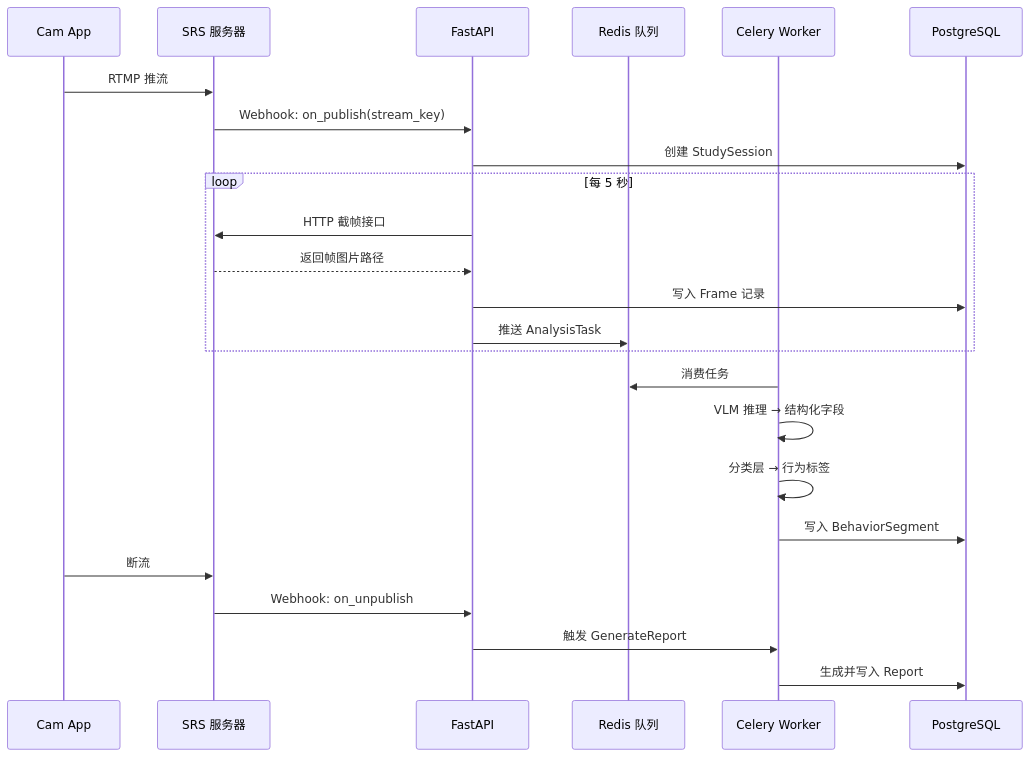
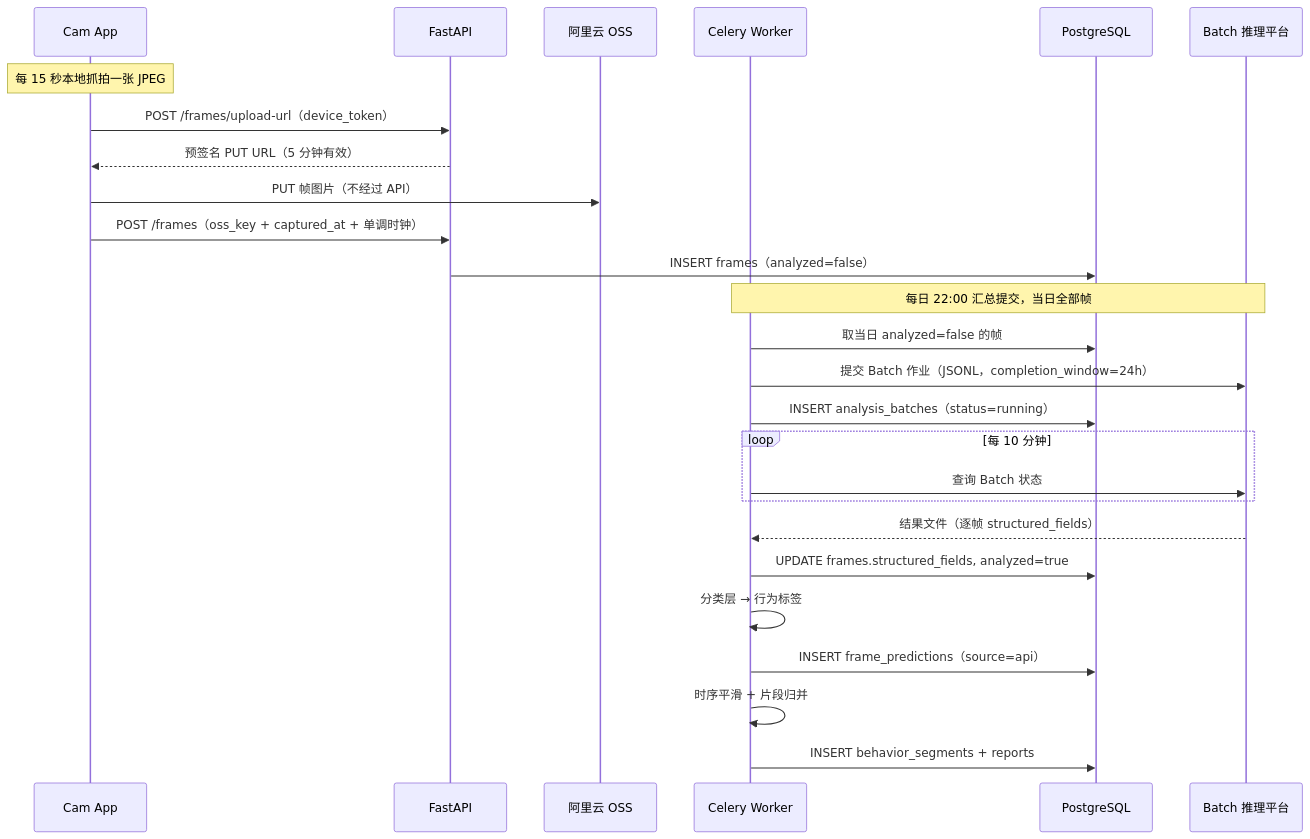
Before and after one commit to johanchow/duxue: the fourth of 12 diagrams in duxue-server/docs/ARCHITECTURE.md, drawn with Mermaid. The commit also changed other lines of this file and 18 other files, not shown here.

````diff
--- a/duxue-server/docs/ARCHITECTURE.md
+++ b/duxue-server/docs/ARCHITECTURE.md
@@ -164,27 +207,34 @@
 ```mermaid
 sequenceDiagram
     participant CAM as Cam App
-    participant SRS as SRS 服务器
     participant API as FastAPI
-    participant REDIS as Redis 队列
+    participant OSS as 阿里云 OSS
     participant WORKER as Celery Worker
     participant DB as PostgreSQL
+    participant VLM as Batch 推理平台
 
-    CAM->>SRS: RTMP 推流
-    SRS->>API: Webhook: on_publish(stream_key)
-    API->>DB: 创建 StudySession
-    loop 每 5 秒
-        API->>SRS: HTTP 截帧接口
-        SRS-->>API: 返回帧图片路径
-        API->>DB: 写入 Frame 记录
-        API->>REDIS: 推送 AnalysisTask
+    Note over CAM: 每 15 秒本地抓拍一张 JPEG
+
+    CAM->>API: POST /frames/upload-url（device_token）
+    API-->>CAM: 预签名 PUT URL（5 分钟有效）
+    CAM->>OSS: PUT 帧图片（不经过 API）
+    CAM->>API: POST /frames（oss_key + captured_at + 单调时钟）
+    API->>DB: INSERT frames（analyzed=false）
+
+    Note over WORKER,VLM: 每日 22:00 汇总提交，当日全部帧
+
+    WORKER->>DB: 取当日 analyzed=false 的帧
+    WORKER->>VLM: 提交 Batch 作业（JSONL，completion_window=24h）
+    WORKER->>DB: INSERT analysis_batches（status=running）
+
+    loop 每 10 分钟
+        WORKER->>VLM: 查询 Batch 状态
     end
-    WORKER->>REDIS: 消费任务
-    WORKER->>WORKER: VLM 推理 → 结构化字段
+
+    VLM-->>WORKER: 结果文件（逐帧 structured_fields）
+    WORKER->>DB: UPDATE frames.structured_fields, analyzed=true
     WORKER->>WORKER: 分类层 → 行为标签
-    WORKER->>DB: 写入 BehaviorSegment
-    CAM->>SRS: 断流
-    SRS->>API: Webhook: on_unpublish
-    API->>WORKER: 触发 GenerateReport
-    WORKER->>DB: 生成并写入 Report
+    WORKER->>DB: INSERT frame_predictions（source=api）
+    WORKER->>WORKER: 时序平滑 + 片段归并
+    WORKER->>DB: INSERT behavior_segments + reports
 ```
````
